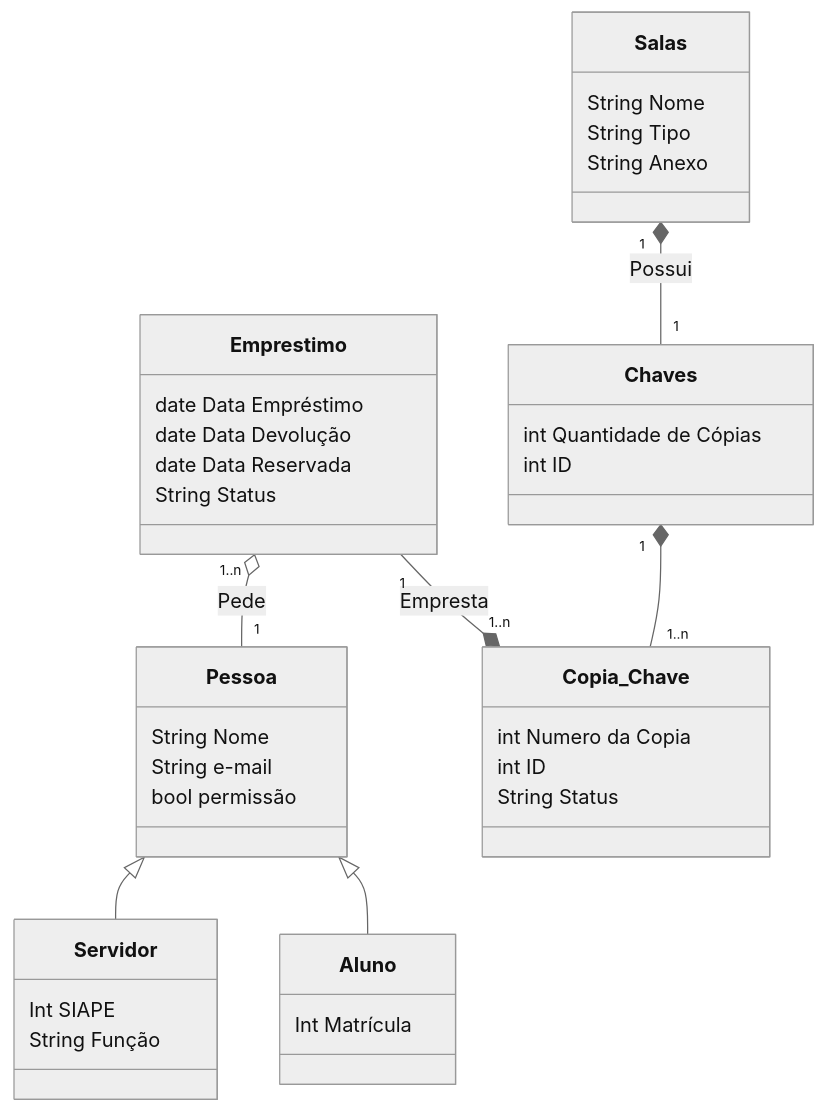
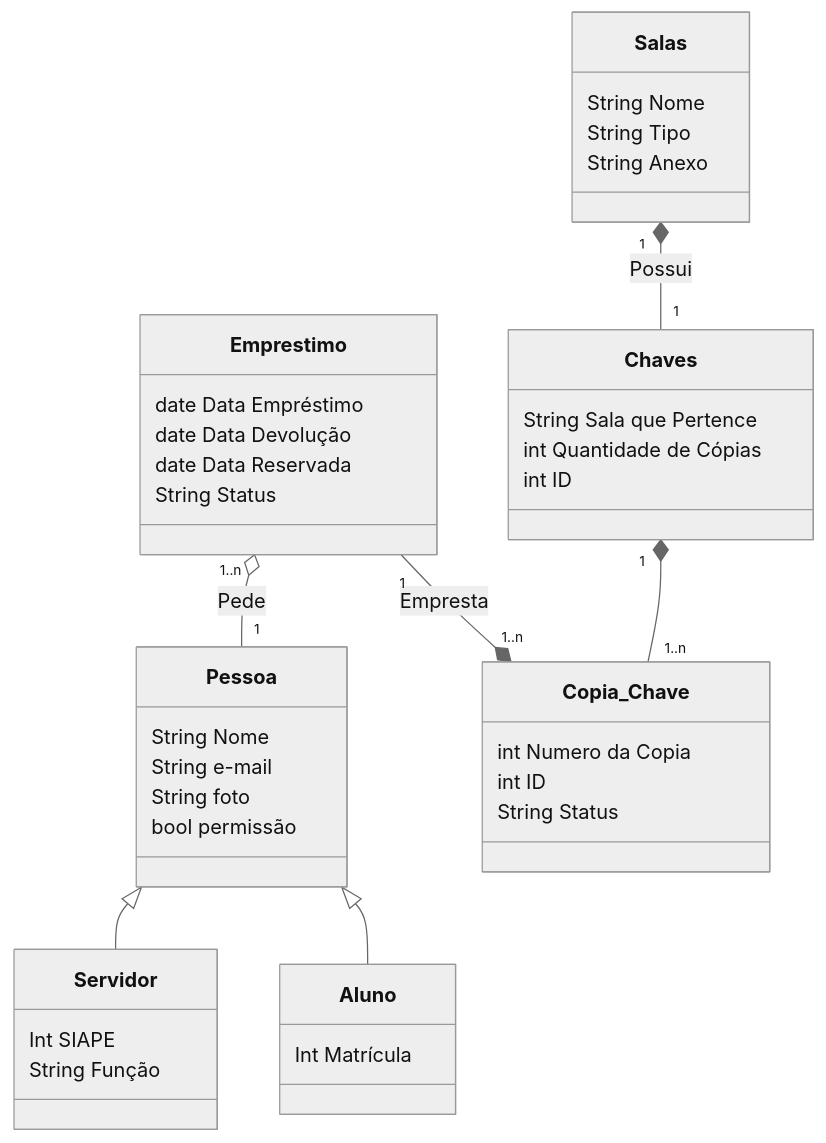
One commit to EmanuelCristo/2026-CPPIG-Emanuel_Alves_de_Cristo changed the diagram in Diagrama_de_Classes.MD. Above: the diagram before and after it, drawn with Mermaid (neutral theme).

Commit message:
Add 'foto' to Pessoa and 'Sala que Pertence' to Chaves

````diff
--- a/Diagrama_de_Classes.MD
+++ b/Diagrama_de_Classes.MD
@@ -1,45 +1,47 @@
 ```mermaid
 
  classDiagram
     class Pessoa{
         String Nome
         String e-mail
+        String foto
         bool permissão
     }
     class Servidor{
         Int SIAPE
         String Função
     }
     class Aluno{
         Int Matrícula
     }
     class Salas{
         String Nome
         String Tipo
         String Anexo
     }
     class Chaves{
+        String Sala que Pertence
         int Quantidade de Cópias
         int ID
     }
     class Emprestimo{
         date Data Empréstimo
         date Data Devolução
         date Data Reservada
         String Status
     }
     class Copia_Chave{
         int Numero da Copia
         int ID
         String Status
     }
 
     Pessoa<|--Servidor
     Pessoa<|--Aluno
 
     Salas "1" *-- "1" Chaves : Possui
     Emprestimo "1..n" o-- "1" Pessoa: Pede
     Emprestimo "1" --* "1..n" Copia_Chave: Empresta
     Chaves "1" *-- "1..n" Copia_Chave
 
 ```
````
